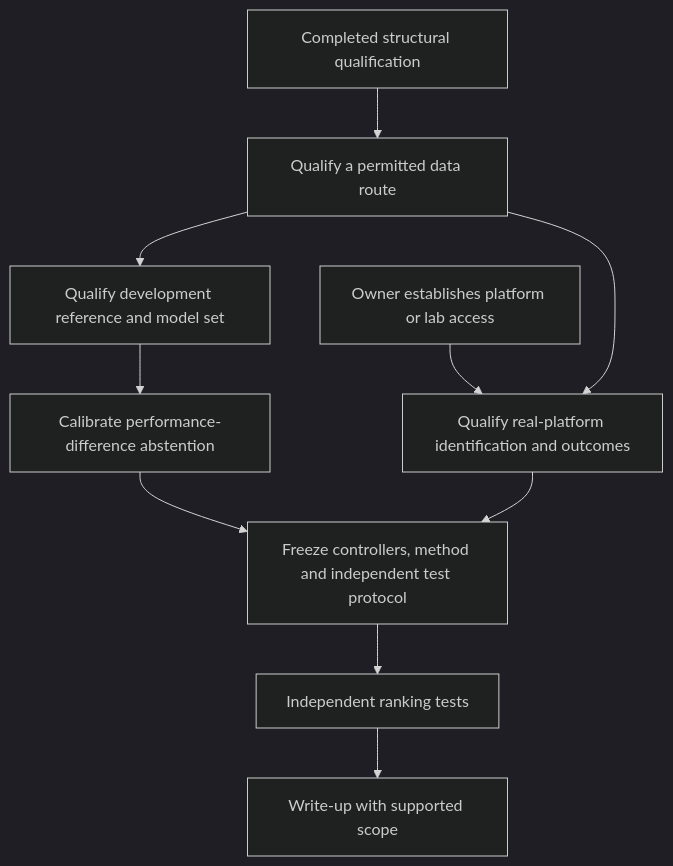
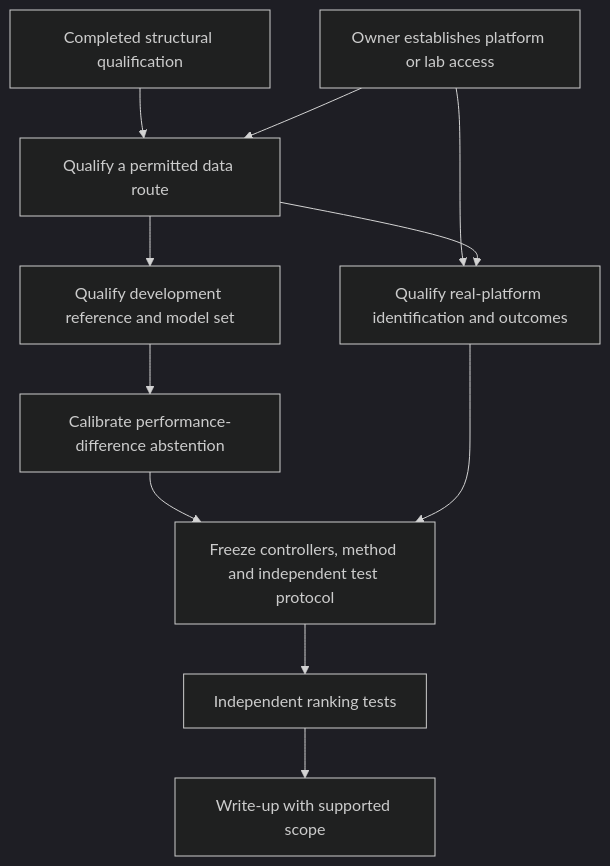
The diagram in ROADMAP.md (500ft/autonomous-racing-systems), drawn with Mermaid (dark theme) before and after one commit.

Commit message:
Show platform access feeding data qualification

````diff
--- a/ROADMAP.md
+++ b/ROADMAP.md
@@ -36,12 +36,13 @@
 ```mermaid
 flowchart TD
     Q[Completed structural qualification] --> D[Qualify a permitted data route]
     D --> R[Qualify development reference and model set]
     R --> A[Calibrate performance-difference abstention]
     P[Owner establishes platform or lab access] --> I[Qualify real-platform identification and outcomes]
+    P --> D
     D --> I
     A --> F[Freeze controllers, method and independent test protocol]
     I --> F
     F --> T[Independent ranking tests]
     T --> W[Write-up with supported scope]
 ```
````
